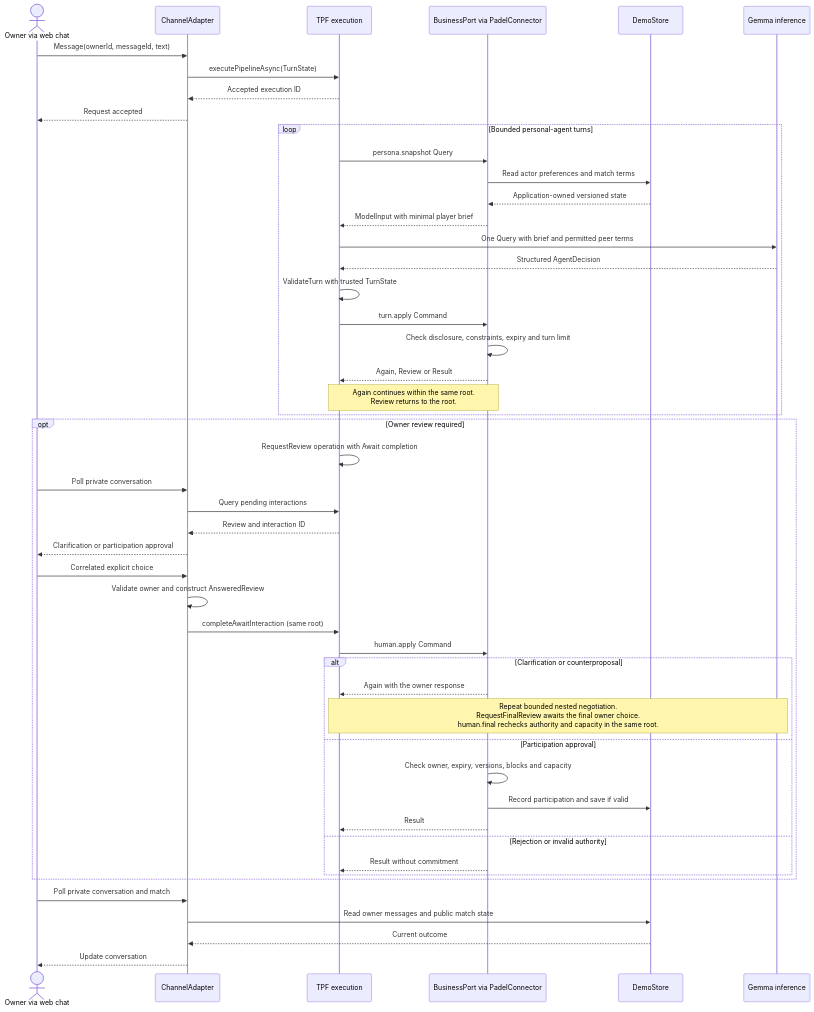
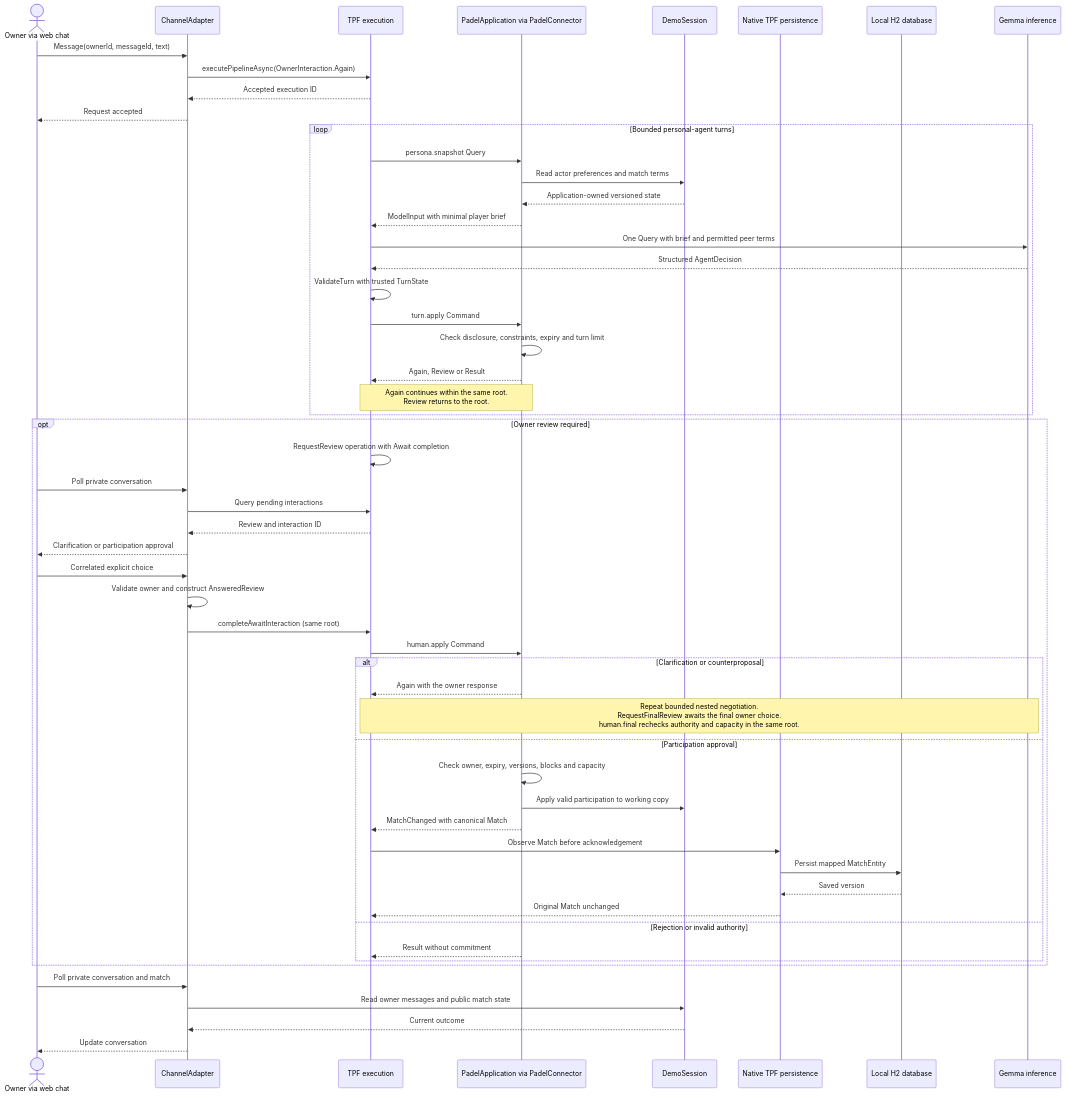
One commit to The-Pipeline-Framework/padelpot changed the first of 2 diagrams in docs/architecture.md. Above: the diagram before and after it, drawn with Mermaid. The commit also changed other lines of this file and 42 other files, not shown here.

Commit message:
Use native aggregate persistence and isolate concurrent owner requests

````diff
--- a/docs/architecture.md
+++ b/docs/architecture.md
@@ -21,55 +21,61 @@
 ```mermaid
 sequenceDiagram
     actor Owner as Owner via web chat
     participant Channel as ChannelAdapter
     participant TPF as TPF execution
-    participant App as BusinessPort via PadelConnector
-    participant Store as DemoStore
+    participant App as PadelApplication via PadelConnector
+    participant Session as DemoSession
+    participant Persistence as Native TPF persistence
+    participant DB as Local H2 database
     participant Gemma as Gemma inference
 
     Owner->>Channel: Message(ownerId, messageId, text)
-    Channel->>TPF: executePipelineAsync(TurnState)
+    Channel->>TPF: executePipelineAsync(OwnerInteraction.Again)
     TPF-->>Channel: Accepted execution ID
     Channel-->>Owner: Request accepted
 
     loop Bounded personal-agent turns
         TPF->>App: persona.snapshot Query
-        App->>Store: Read actor preferences and match terms
-        Store-->>App: Application-owned versioned state
+        App->>Session: Read actor preferences and match terms
+        Session-->>App: Application-owned versioned state
         App-->>TPF: ModelInput with minimal player brief
         TPF->>Gemma: One Query with brief and permitted peer terms
         Gemma-->>TPF: Structured AgentDecision
         TPF->>TPF: ValidateTurn with trusted TurnState
         TPF->>App: turn.apply Command
         App->>App: Check disclosure, constraints, expiry and turn limit
         App-->>TPF: Again, Review or Result
         Note over TPF,App: Again continues within the same root.<br/>Review returns to the root.
     end
 
     opt Owner review required
         TPF->>TPF: RequestReview operation with Await completion
         Owner->>Channel: Poll private conversation
         Channel->>TPF: Query pending interactions
         TPF-->>Channel: Review and interaction ID
         Channel-->>Owner: Clarification or participation approval
         Owner->>Channel: Correlated explicit choice
         Channel->>Channel: Validate owner and construct AnsweredReview
         Channel->>TPF: completeAwaitInteraction (same root)
         TPF->>App: human.apply Command
         alt Clarification or counterproposal
             App-->>TPF: Again with the owner response
             Note over TPF,Gemma: Repeat bounded nested negotiation.<br/>RequestFinalReview awaits the final owner choice.<br/>human.final rechecks authority and capacity in the same root.
         else Participation approval
             App->>App: Check owner, expiry, versions, blocks and capacity
-            App->>Store: Record participation and save if valid
-            App-->>TPF: Result
+            App->>Session: Apply valid participation to working copy
+            App-->>TPF: MatchChanged with canonical Match
+            TPF->>Persistence: Observe Match before acknowledgement
+            Persistence->>DB: Persist mapped MatchEntity
+            DB-->>Persistence: Saved version
+            Persistence-->>TPF: Original Match unchanged
         else Rejection or invalid authority
             App-->>TPF: Result without commitment
         end
     end
 
     Owner->>Channel: Poll private conversation and match
-    Channel->>Store: Read owner messages and public match state
-    Store-->>Channel: Current outcome
+    Channel->>Session: Read owner messages and public match state
+    Session-->>Channel: Current outcome
     Channel-->>Owner: Update conversation
 ```
````
